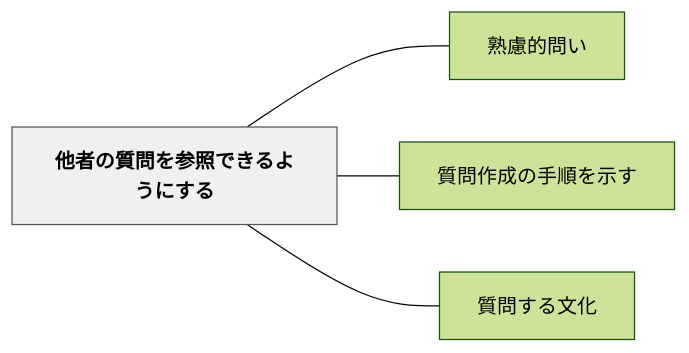
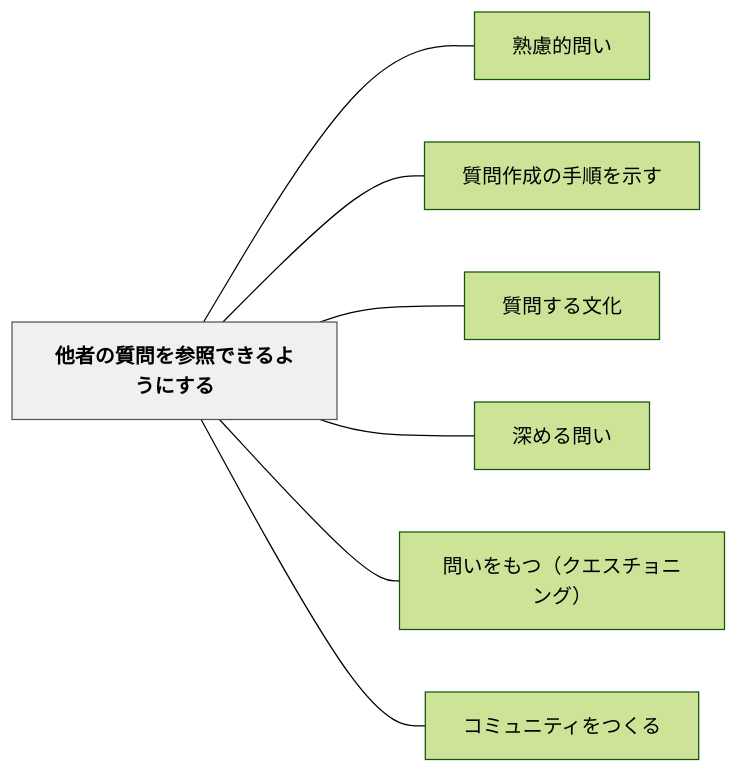
One commit to unknownthings-ed-patterns/unknownthings-ed-patterns changed the diagram in content/パタン/他者の質問を参照できるようにする.md. Above: the diagram before and after it, drawn with Mermaid (forest theme). The commit also changed other lines of this file and 71 other files, not shown here.

````diff
--- a/content/パタン/他者の質問を参照できるようにする.md
+++ b/content/パタン/他者の質問を参照できるようにする.md
@@ -40,14 +43,20 @@
 ```mermaid
 flowchart LR
     ne4bb96e88085e381aee8b3aae5958fe38292e58f82e785a7e381a7e3818de3828be38288e38186e381abe38199e3828b["他者の質問を参照できるようにする"]
     ne7869fe685aee79a84e5958fe38184["熟慮的問い"]
     ne8b3aae5958fe4bd9ce68890e381aee6898be9a086e38292e7a4bae38199["質問作成の手順を示す"]
     ne8b3aae5958fe38199e3828be69687e58c96["質問する文化"]
+    ne6b7b1e38281e3828be5958fe38184["深める問い"]
+    ne5958fe38184e38292e38282e381a4efbc88e382afe382a8e382b9e38381e383a7e3838be383b3e382b0efbc89["問いをもつ（クエスチョニング）"]
+    ne382b3e3839fe383a5e3838be38386e382a3e38292e381a4e3818fe3828b["コミュニティをつくる"]
 
     ne4bb96e88085e381aee8b3aae5958fe38292e58f82e785a7e381a7e3818de3828be38288e38186e381abe38199e3828b --- ne7869fe685aee79a84e5958fe38184
     ne4bb96e88085e381aee8b3aae5958fe38292e58f82e785a7e381a7e3818de3828be38288e38186e381abe38199e3828b --- ne8b3aae5958fe4bd9ce68890e381aee6898be9a086e38292e7a4bae38199
     ne4bb96e88085e381aee8b3aae5958fe38292e58f82e785a7e381a7e3818de3828be38288e38186e381abe38199e3828b --- ne8b3aae5958fe38199e3828be69687e58c96
+    ne4bb96e88085e381aee8b3aae5958fe38292e58f82e785a7e381a7e3818de3828be38288e38186e381abe38199e3828b --- ne6b7b1e38281e3828be5958fe38184
+    ne4bb96e88085e381aee8b3aae5958fe38292e58f82e785a7e381a7e3818de3828be38288e38186e381abe38199e3828b --- ne5958fe38184e38292e38282e381a4efbc88e382afe382a8e382b9e38381e383a7e3838be383b3e382b0efbc89
+    ne4bb96e88085e381aee8b3aae5958fe38292e58f82e785a7e381a7e3818de3828be38288e38186e381abe38199e3828b --- ne382b3e3839fe383a5e3838be38386e382a3e38292e381a4e3818fe3828b
 
     classDef hub fill:#f0f0f0,stroke:#555,color:#000,font-weight:bold
     class ne4bb96e88085e381aee8b3aae5958fe38292e58f82e785a7e381a7e3818de3828be38288e38186e381abe38199e3828b hub
 ```
````
